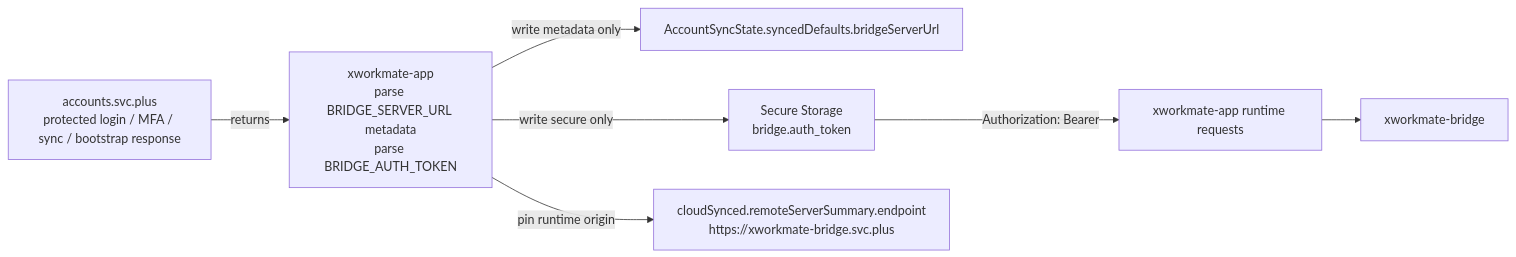
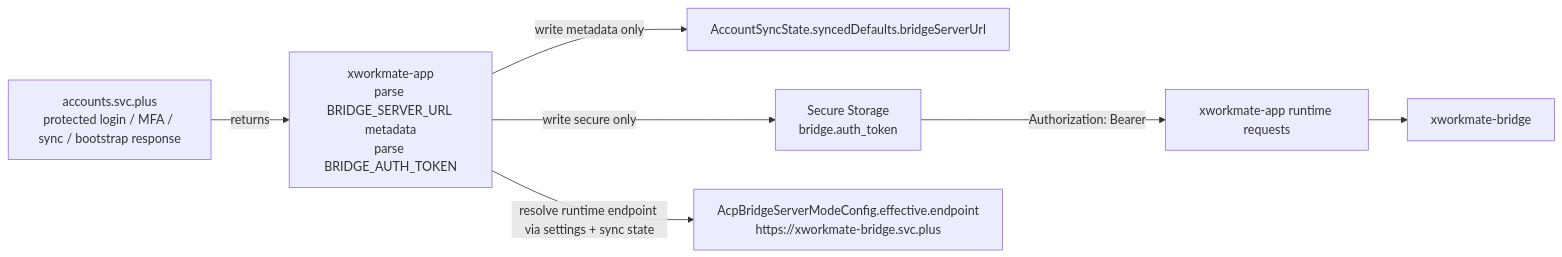
Before and after one commit to ai-workspace-lab/xworkmate-app: the first of 4 diagrams in docs/testing/bridge-sync-contract-chain.md, drawn with Mermaid. The commit also changed other lines of this file and 7 other files, not shown here.

Commit message:
Refine account sync bridge state model

````diff
--- a/docs/testing/bridge-sync-contract-chain.md
+++ b/docs/testing/bridge-sync-contract-chain.md
@@ -24,9 +22,9 @@
 ```mermaid
 flowchart LR
     A["accounts.svc.plus\nprotected login / MFA / sync / bootstrap response"] -->|returns| B["xworkmate-app\nparse BRIDGE_SERVER_URL metadata\nparse BRIDGE_AUTH_TOKEN"]
     B -->|write metadata only| C["AccountSyncState.syncedDefaults.bridgeServerUrl"]
     B -->|write secure only| D["Secure Storage\nbridge.auth_token"]
-    B -->|pin runtime origin| E["cloudSynced.remoteServerSummary.endpoint\nhttps://xworkmate-bridge.svc.plus"]
+    B -->|resolve runtime endpoint via settings + sync state| E["AcpBridgeServerModeConfig.effective.endpoint\nhttps://xworkmate-bridge.svc.plus"]
     D -->|Authorization: Bearer <token>| F["xworkmate-app runtime requests"]
     F --> G["xworkmate-bridge"]
 ```
````
